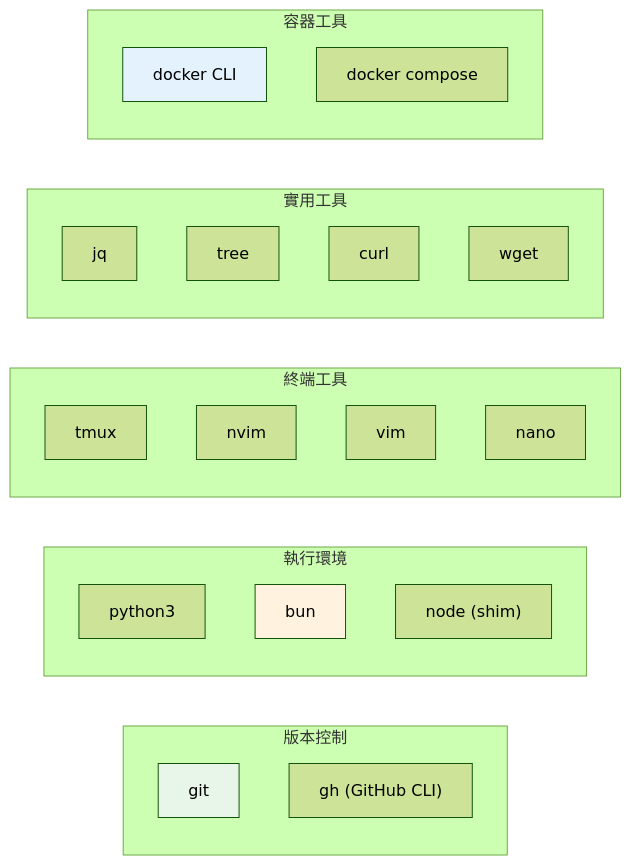
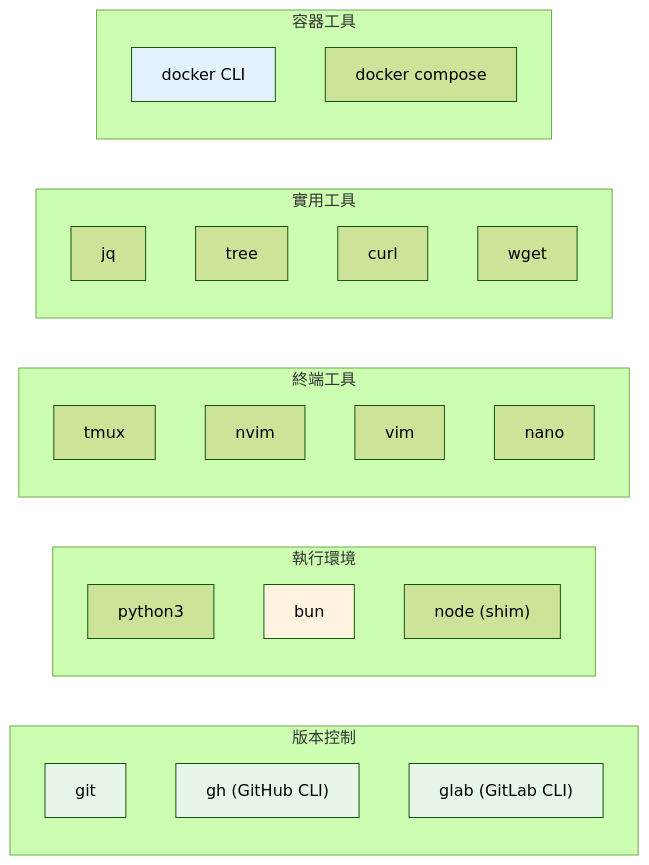
Before and after one commit to tryweb/ai-engkit: diagram 12 of 12 in docs/ARCHITECTURE.md, drawn with Mermaid (forest theme). The commit also changed other lines of this file and 1 other file, not shown here.

First line of the commit message:
docs: update architecture and troubleshooting docs for v0.5.0

````diff
--- a/docs/ARCHITECTURE.md
+++ b/docs/ARCHITECTURE.md
@@ -410,36 +425,39 @@
 ```mermaid
 graph LR
     subgraph "版本控制"
         GIT["git"]
         GH["gh (GitHub CLI)"]
+        GLAB["glab (GitLab CLI)"]
     end
 
     subgraph "執行環境"
         PYTHON["python3"]
         BUN["bun"]
         NODE["node (shim)"]
     end
 
     subgraph "終端工具"
         TMUX["tmux"]
         NEOVIM["nvim"]
         VIM["vim"]
         NANO["nano"]
     end
 
     subgraph "實用工具"
         JQ["jq"]
         TREE["tree"]
         CURL["curl"]
         WGET["wget"]
     end
 
     subgraph "容器工具"
         DOCKER["docker CLI"]
         COMPOSE["docker compose"]
     end
 
     style GIT fill:#e8f5e9
+    style GH fill:#e8f5e9
+    style GLAB fill:#e8f5e9
     style BUN fill:#fff3e0
     style DOCKER fill:#e3f2fd
 ```
````
